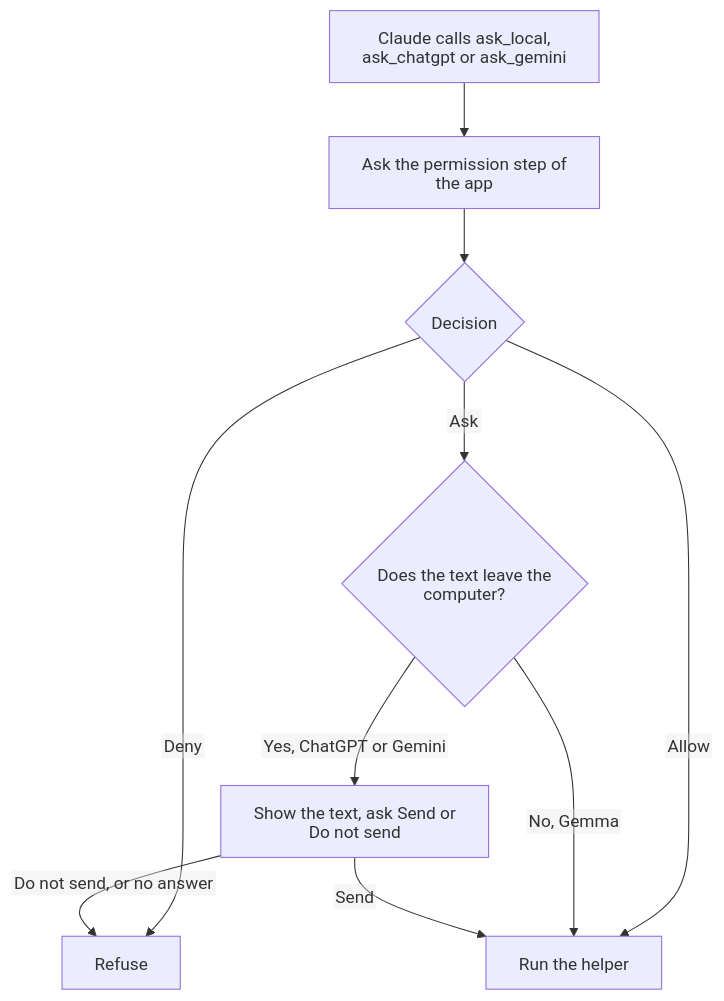
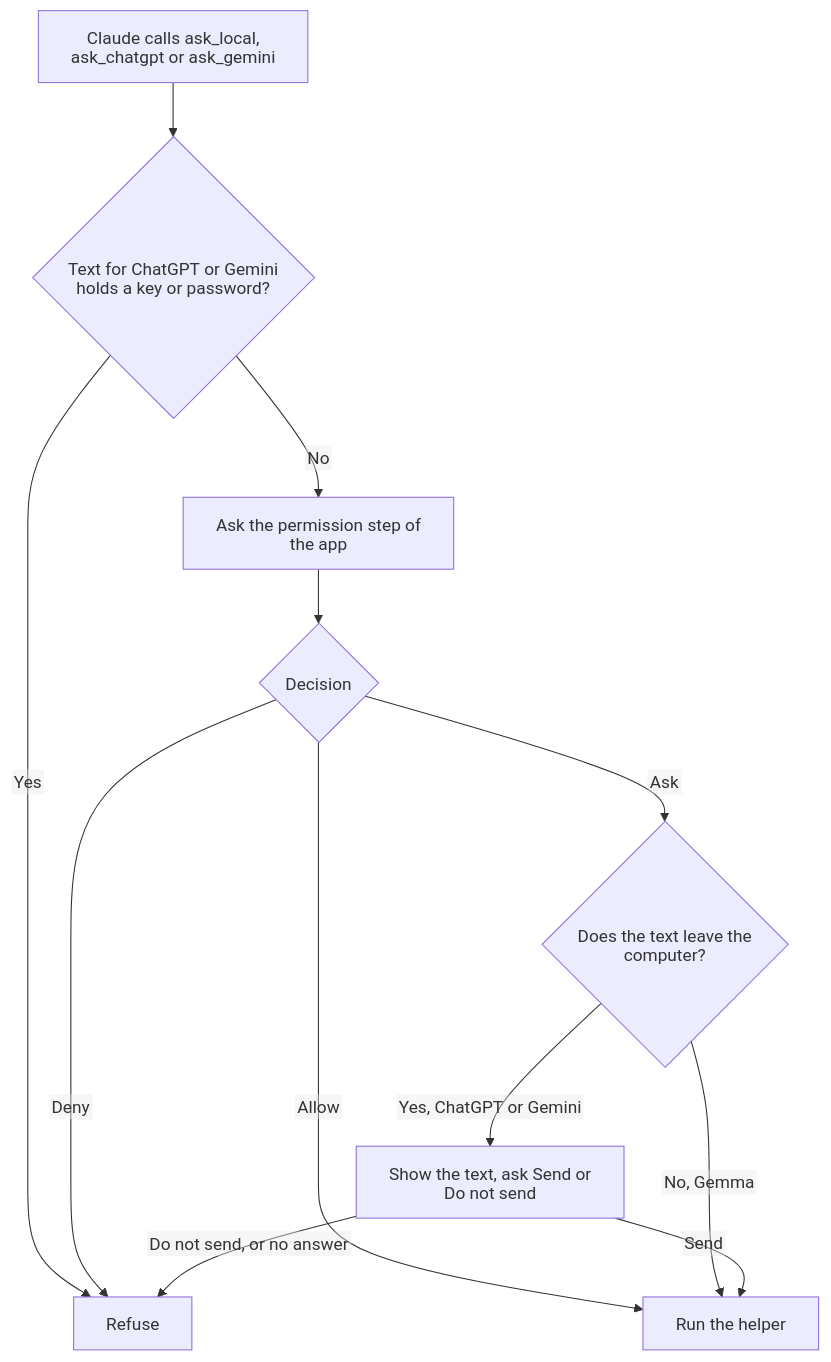
Diagram 11 of 12 in docs/ARCHITECTURE.md (anhle9x/ai-worker), drawn with Mermaid before and after one commit. The commit also changed other lines of this file and 43 other files, not shown here.

Commit message:
0.42.0: a record of each handoff to ChatGPT, Gemini or Gemma in the audit log, and a check of their answers

````diff
--- a/docs/ARCHITECTURE.md
+++ b/docs/ARCHITECTURE.md
@@ -393,13 +400,15 @@
 ```mermaid
 %%{init: {"htmlLabels": false, "flowchart": {"htmlLabels": false}}}%%
 flowchart TD
-  Call["Claude calls ask_local, ask_chatgpt or ask_gemini"] --> Check["Ask the permission step of the app"]
+  Call["Claude calls ask_local, ask_chatgpt or ask_gemini"] --> Secret{"Text for ChatGPT or Gemini holds a key or password?"}
+  Secret -- Yes --> Refuse
+  Secret -- No --> Check["Ask the permission step of the app"]
   Check --> D{"Decision"}
   D -- Deny --> Refuse["Refuse"]
   D -- Allow --> Run["Run the helper"]
   D -- Ask --> Who{"Does the text leave the computer?"}
   Who -- "No, Gemma" --> Run
   Who -- "Yes, ChatGPT or Gemini" --> Ask["Show the text, ask Send or Do not send"]
   Ask -- Send --> Run
   Ask -- "Do not send, or no answer" --> Refuse
 ```
````
